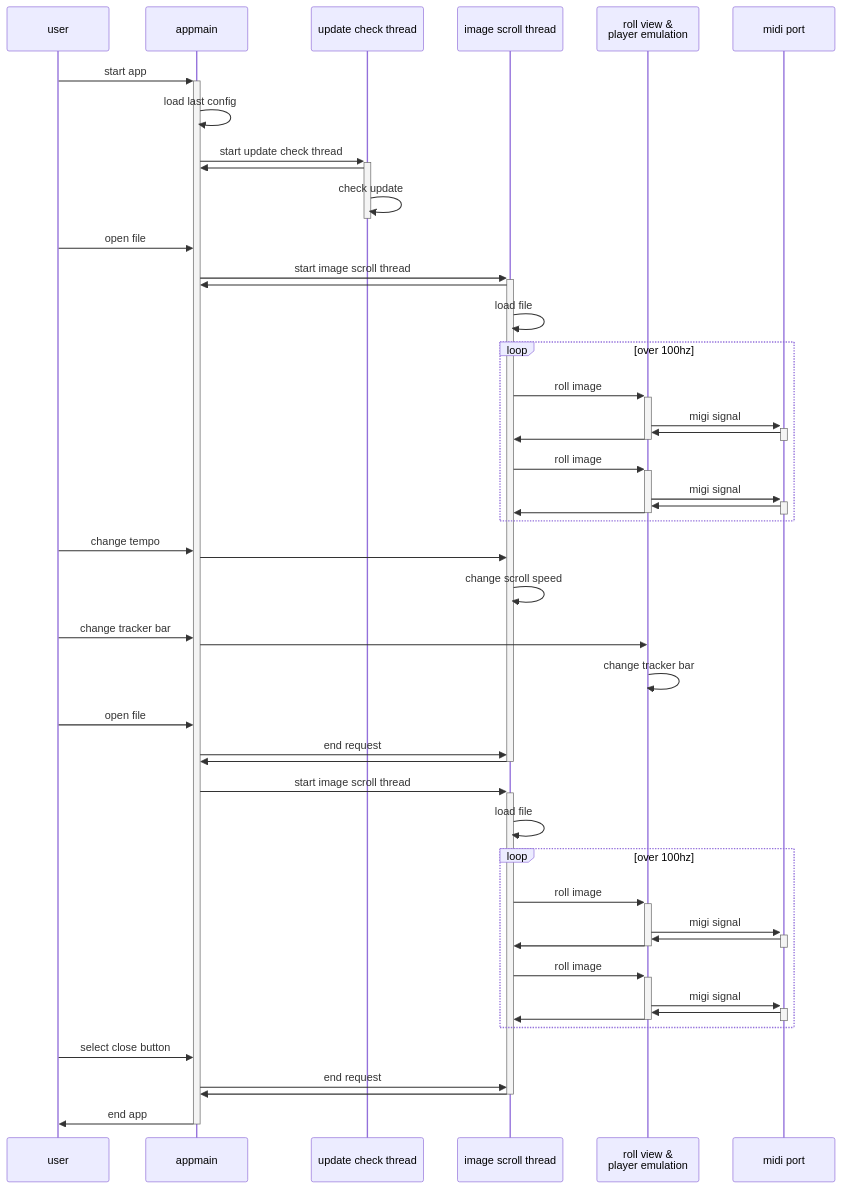
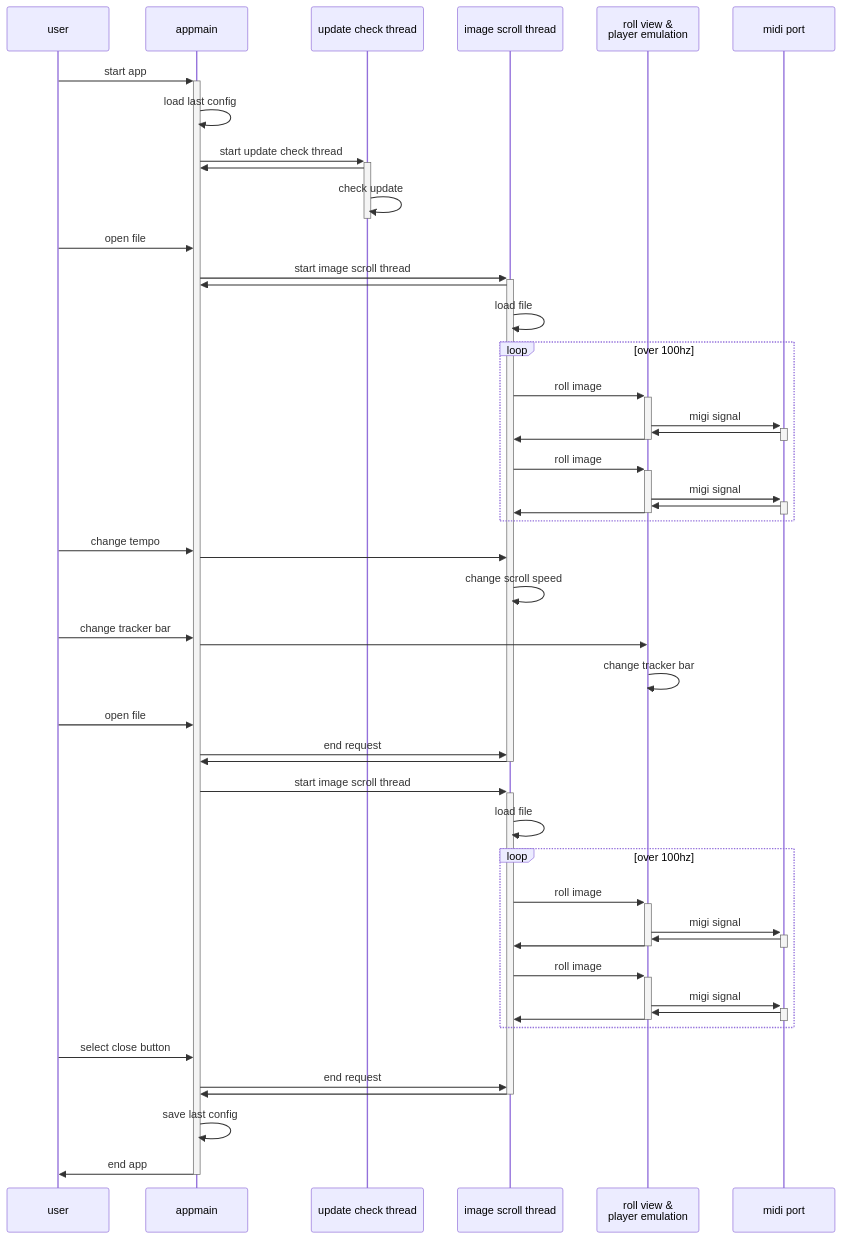
The diagram in README.md (nai-kon/PlaySK-Piano-Roll-Reader), drawn with Mermaid before and after one commit. The commit also changed other lines of this file, not shown here.

````diff
--- a/README.md
+++ b/README.md
@@ -100,56 +103,57 @@
 ```mermaid
 sequenceDiagram
     participant user
     participant appmain
     participant update check thread
     participant image scroll thread
     participant emulator as roll view &<br>player emulation
     participant midi port
 
     user->>+appmain: start app
     appmain->>appmain: load last config
     appmain->>+update check thread: start update check thread
     update check thread->>appmain: 
     update check thread->>-update check thread: check update
     user->>appmain: open file
     appmain->>+image scroll thread: start image scroll thread
     image scroll thread->>appmain: 
     image scroll thread->>image scroll thread: load file
     loop over 100hz
         image scroll thread->>+emulator: roll image
         emulator->>+midi port: migi signal
         midi port->>-emulator: 
         emulator->>-image scroll thread: 
         image scroll thread->>+emulator: roll image
         emulator->>+midi port: migi signal
         midi port->>-emulator: 
         emulator->>-image scroll thread: 
     end
     user->>appmain: change tempo
     appmain->>image scroll thread: 
     image scroll thread->>image scroll thread: change scroll speed
     user->>appmain: change tracker bar
     appmain->>emulator: 
     emulator->>emulator: change tracker bar
     
     
     user->>appmain: open file
     appmain->>image scroll thread: end request
     image scroll thread->>-appmain: 
     appmain->>+image scroll thread: start image scroll thread
     image scroll thread->>image scroll thread: load file
     loop over 100hz
         image scroll thread->>+emulator: roll image
         emulator->>+midi port: migi signal
         midi port->>-emulator: 
         emulator->>-image scroll thread: 
         image scroll thread->>+emulator: roll image
         emulator->>+midi port: migi signal
         midi port->>-emulator: 
         emulator->>-image scroll thread: 
     end
     user->>appmain: select close button
     appmain->>image scroll thread: end request
     image scroll thread->>-appmain: 
+    appmain->>appmain: save last config
     appmain->>-user: end app
 ```
````
